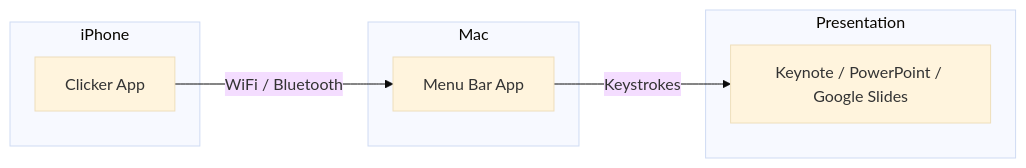
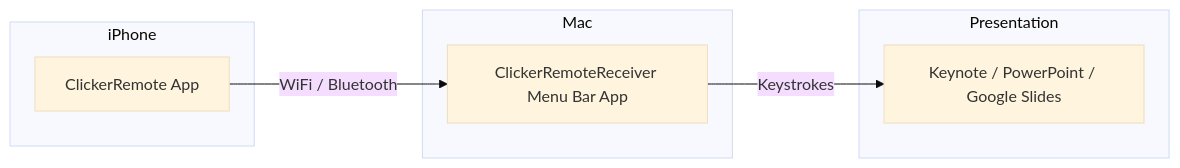
One commit to douinc/clicker changed the first of 2 diagrams in README.md. Above: the diagram before and after it, drawn with Mermaid (base theme). The commit also changed other lines of this file and 3 other files, not shown here.

````diff
--- a/README.md
+++ b/README.md
@@ -11,15 +24,15 @@
 ```mermaid
 graph LR
     subgraph iPhone
-        A[Clicker App]
+        A[ClickerRemote App]
     end
     subgraph Mac
-        B[Menu Bar App]
+        B[ClickerRemoteReceiver Menu Bar App]
     end
     subgraph Presentation
         C[Keynote / PowerPoint / Google Slides]
     end
 
     A -->|WiFi / Bluetooth| B
     B -->|Keystrokes| C
 ```
````
